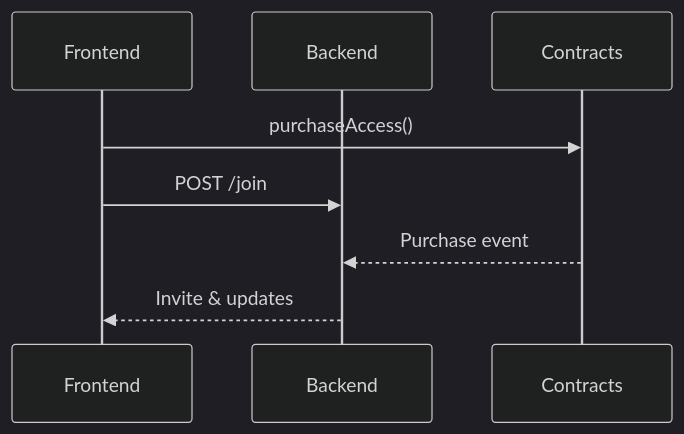
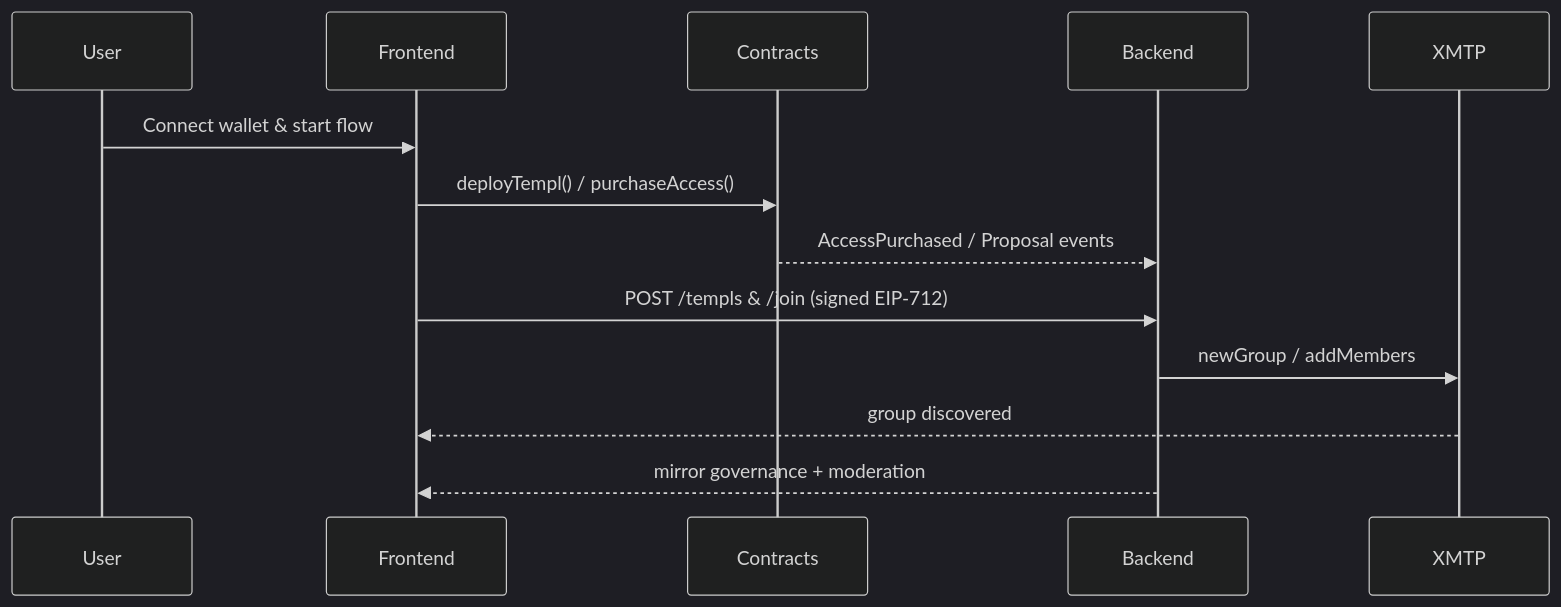
The second of 3 diagrams in README.md (templ-fun/evm-protocol), drawn with Mermaid (dark theme) before and after one commit. The commit also changed other lines of this file and 9 other files, not shown here.

````diff
--- a/README.md
+++ b/README.md
@@ -24,11 +48,15 @@
 ```mermaid
 sequenceDiagram
+    participant User
     participant Frontend
+    participant Contracts
     participant Backend
-    participant Contracts
-
-    Frontend->>Contracts: purchaseAccess()
-    Frontend->>Backend: POST /join
-    Contracts-->>Backend: Purchase event
-    Backend-->>Frontend: Invite & updates
+    participant XMTP
+    User->>Frontend: Connect wallet & start flow
+    Frontend->>Contracts: deployTempl() / purchaseAccess()
+    Contracts-->>Backend: AccessPurchased / Proposal events
+    Frontend->>Backend: POST /templs & /join (signed EIP-712)
+    Backend->>XMTP: newGroup / addMembers
+    XMTP-->>Frontend: group discovered
+    Backend-->>Frontend: mirror governance + moderation
 ```
````
